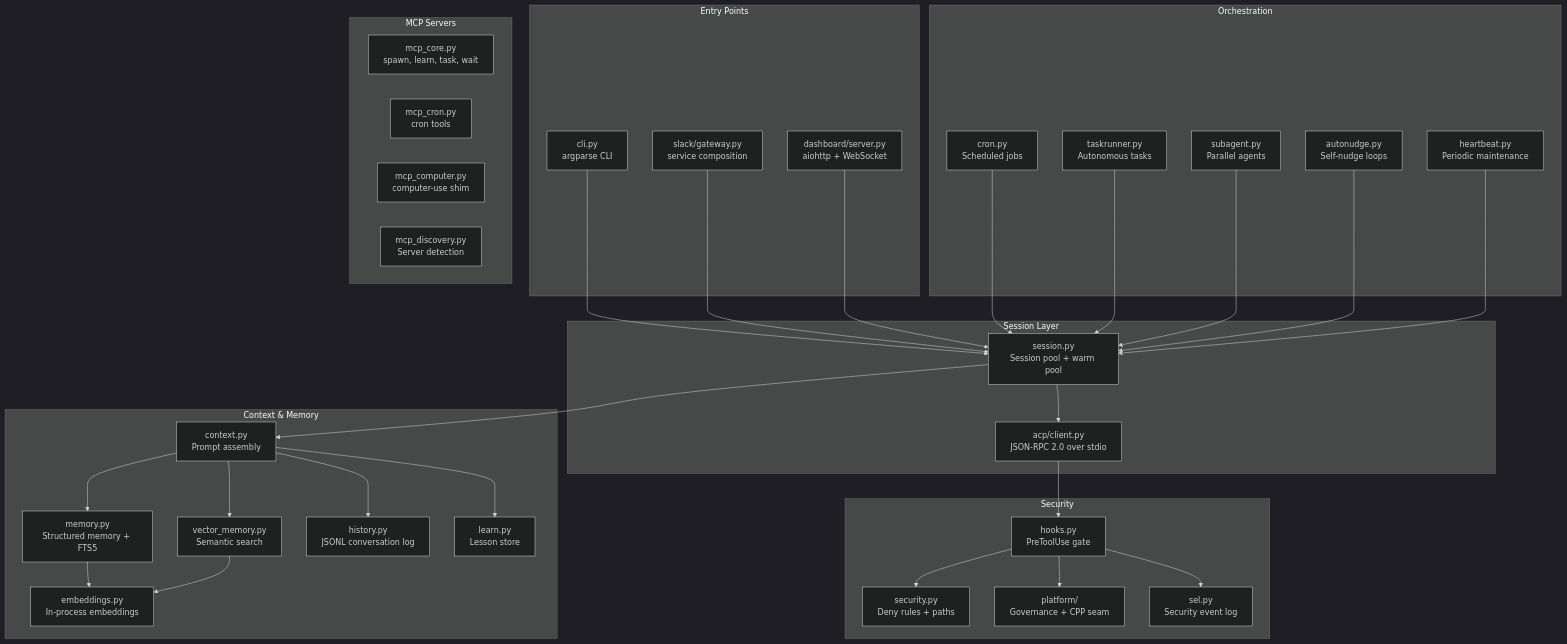
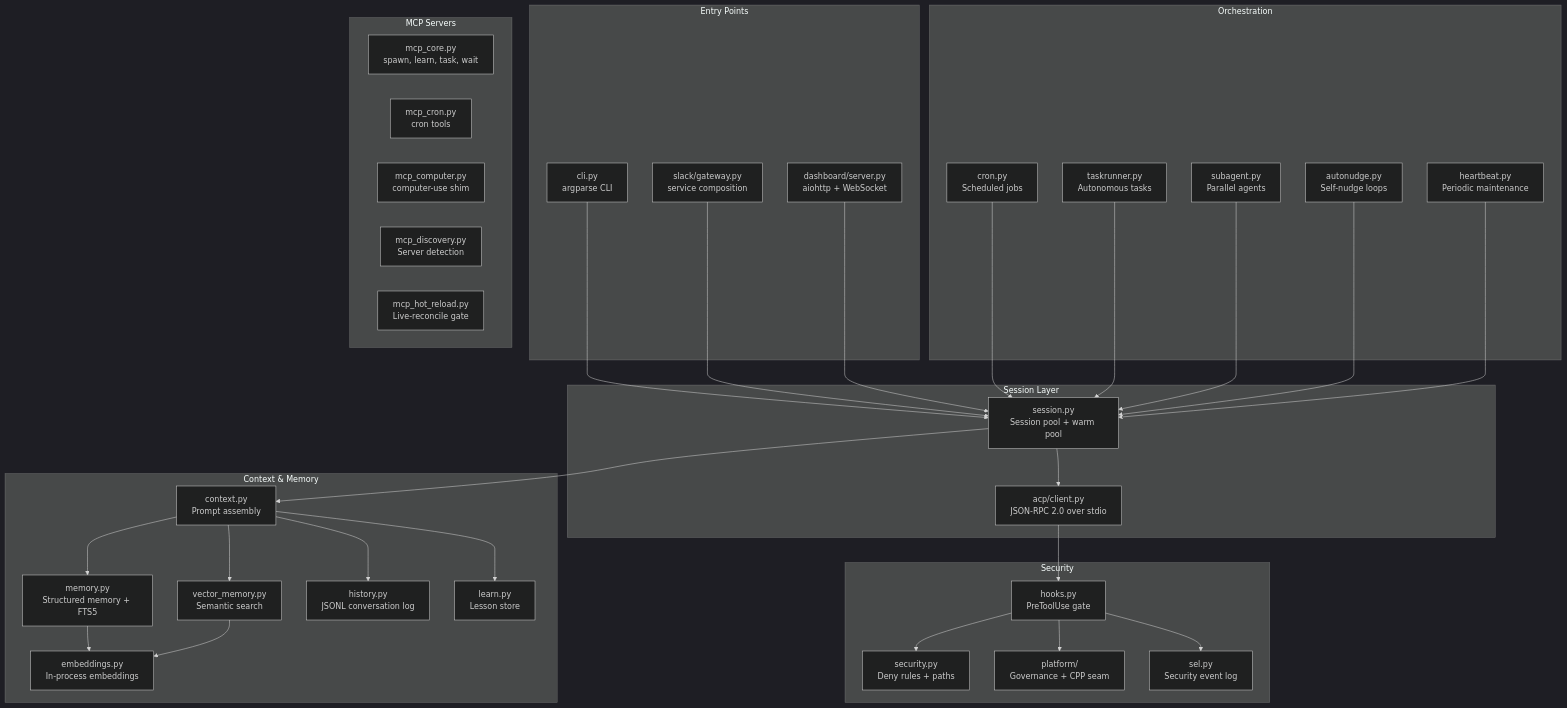
The third of 9 diagrams in docs/architecture/overview.md (Arin016/KiroCrew), drawn with Mermaid (dark theme) before and after one commit. The commit also changed 22 other files, not shown here.

````diff
--- a/docs/architecture/overview.md
+++ b/docs/architecture/overview.md
@@ -167,70 +167,71 @@
 ```mermaid
 graph TB
     subgraph "Entry Points"
         CLI_MOD[cli.py<br/>argparse CLI]
         SLACK_GW[slack/gateway.py<br/>service composition]
         DASH_SRV[dashboard/server.py<br/>aiohttp + WebSocket]
     end
 
     subgraph "Session Layer"
         SESS[session.py<br/>Session pool + warm pool]
         ACP_CLIENT[acp/client.py<br/>JSON-RPC 2.0 over stdio]
     end
 
     subgraph "Context & Memory"
         CTX[context.py<br/>Prompt assembly]
         MEM[memory.py<br/>Structured memory + FTS5]
         VEC[vector_memory.py<br/>Semantic search]
         HIST[history.py<br/>JSONL conversation log]
         LEARN[learn.py<br/>Lesson store]
         EMBED[embeddings.py<br/>In-process embeddings]
     end
 
     subgraph "Orchestration"
         CRON[cron.py<br/>Scheduled jobs]
         TASK[taskrunner.py<br/>Autonomous tasks]
         SUB[subagent.py<br/>Parallel agents]
         NUDGE[autonudge.py<br/>Self-nudge loops]
         HB[heartbeat.py<br/>Periodic maintenance]
     end
 
     subgraph "MCP Servers"
         MCP_CORE[mcp_core.py<br/>spawn, learn, task, wait]
         MCP_CRON[mcp_cron.py<br/>cron tools]
         MCP_COMP[mcp_computer.py<br/>computer-use shim]
         MCP_DISC[mcp_discovery.py<br/>Server detection]
+        MCP_HOT[mcp_hot_reload.py<br/>Live-reconcile gate]
     end
 
     subgraph "Security"
         HOOKS[hooks.py<br/>PreToolUse gate]
         SEC[security.py<br/>Deny rules + paths]
         PLAT[platform/<br/>Governance + CPP seam]
         SEL[sel.py<br/>Security event log]
     end
 
     CLI_MOD --> SESS
     SLACK_GW --> SESS
     DASH_SRV --> SESS
 
     SESS --> ACP_CLIENT
     SESS --> CTX
 
     CTX --> MEM
     CTX --> VEC
     CTX --> HIST
     CTX --> LEARN
 
     MEM --> EMBED
     VEC --> EMBED
 
     CRON --> SESS
     TASK --> SESS
     SUB --> SESS
     NUDGE --> SESS
     HB --> SESS
 
     HOOKS --> SEC
     HOOKS --> PLAT
     HOOKS --> SEL
     ACP_CLIENT --> HOOKS
 ```
````
